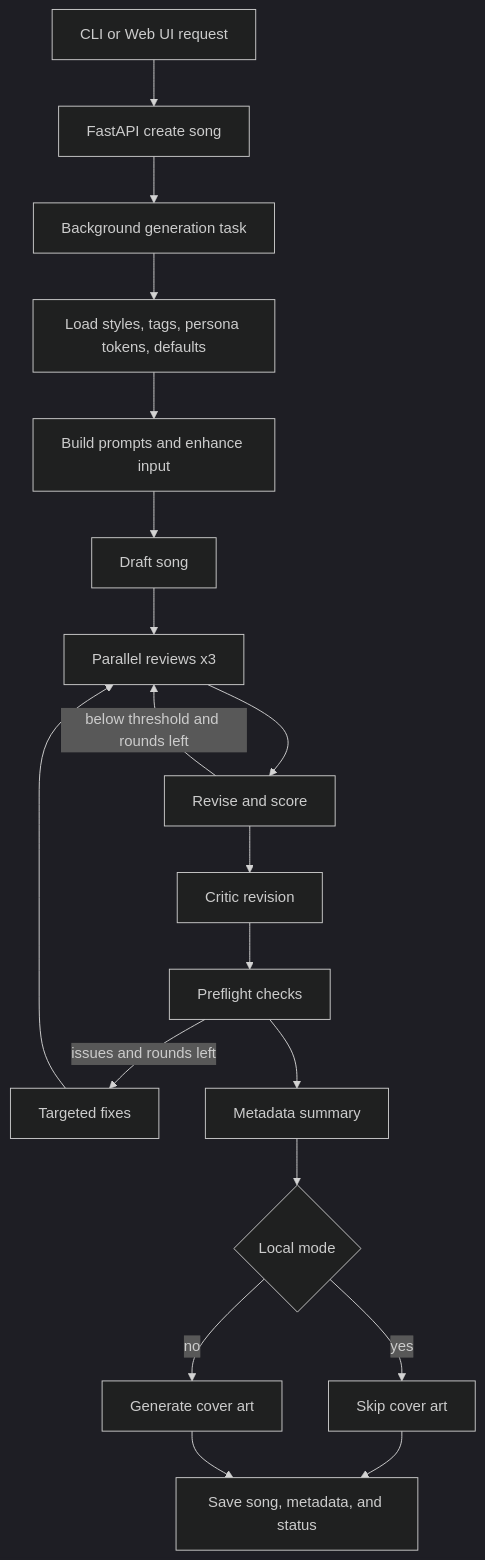
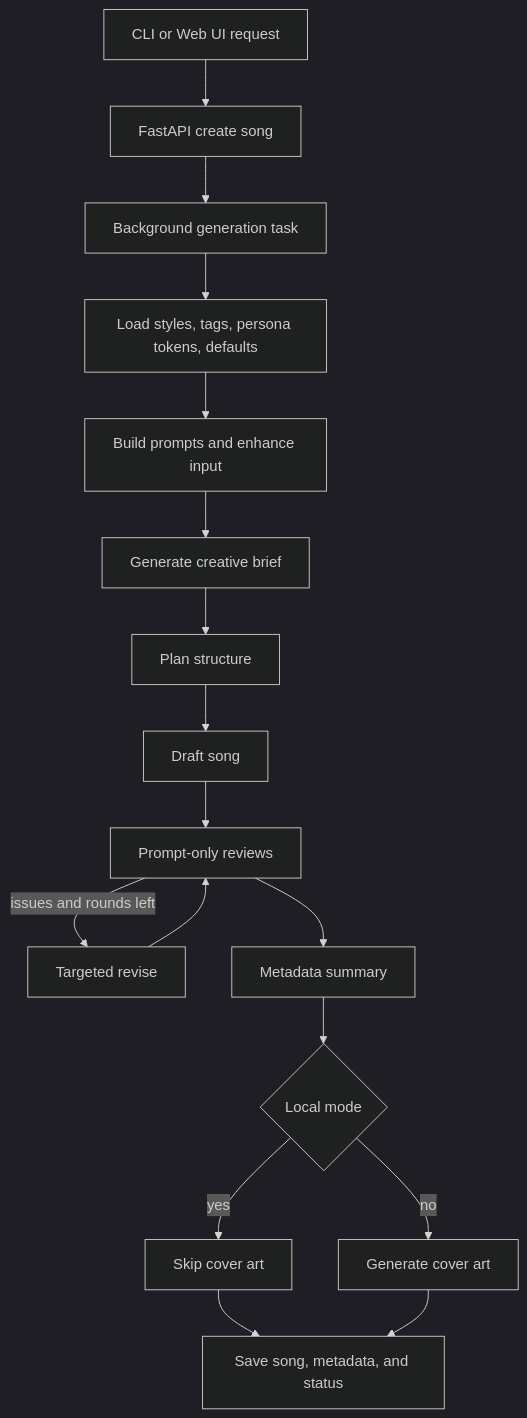
One commit to robertrittmuller/song-master changed the diagram in README.md. Above: the diagram before and after it, drawn with Mermaid (dark theme). The commit also changed other lines of this file and 23 other files, not shown here.

````diff
--- a/README.md
+++ b/README.md
@@ -507,21 +503,19 @@
 ```mermaid
 flowchart TD
     A[CLI or Web UI request] --> B[FastAPI create song]
     B --> C[Background generation task]
     C --> D[Load styles, tags, persona tokens, defaults]
     D --> E[Build prompts and enhance input]
-    E --> F[Draft song]
-    F --> G[Parallel reviews x3]
-    G --> H[Revise and score]
-    H -->|below threshold and rounds left| G
-    H --> I[Critic revision]
-    I --> J[Preflight checks]
-    J -->|issues and rounds left| K[Targeted fixes]
-    K --> G
-    J --> L[Metadata summary]
-    L --> M{Local mode}
-    M -->|yes| N[Skip cover art]
-    M -->|no| O[Generate cover art]
-    N --> P[Save song, metadata, and status]
-    O --> P
+    E --> F[Generate creative brief]
+    F --> G[Plan structure]
+    G --> H[Draft song]
+    H --> I[Prompt-only reviews]
+    I -->|issues and rounds left| J[Targeted revise]
+    J --> I
+    I --> K[Metadata summary]
+    K --> L{Local mode}
+    L -->|yes| M[Skip cover art]
+    L -->|no| N[Generate cover art]
+    M --> O[Save song, metadata, and status]
+    N --> O
 ```
````
